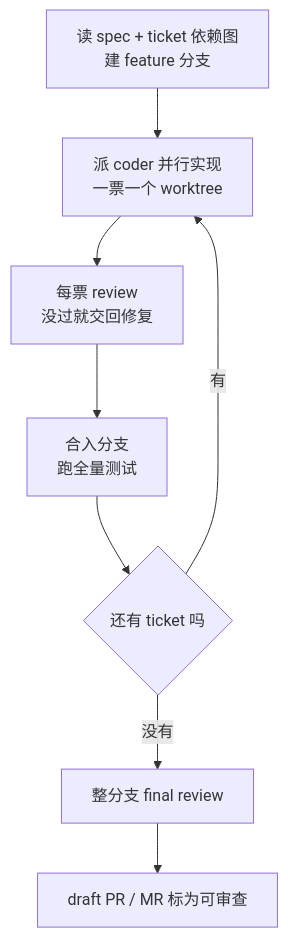
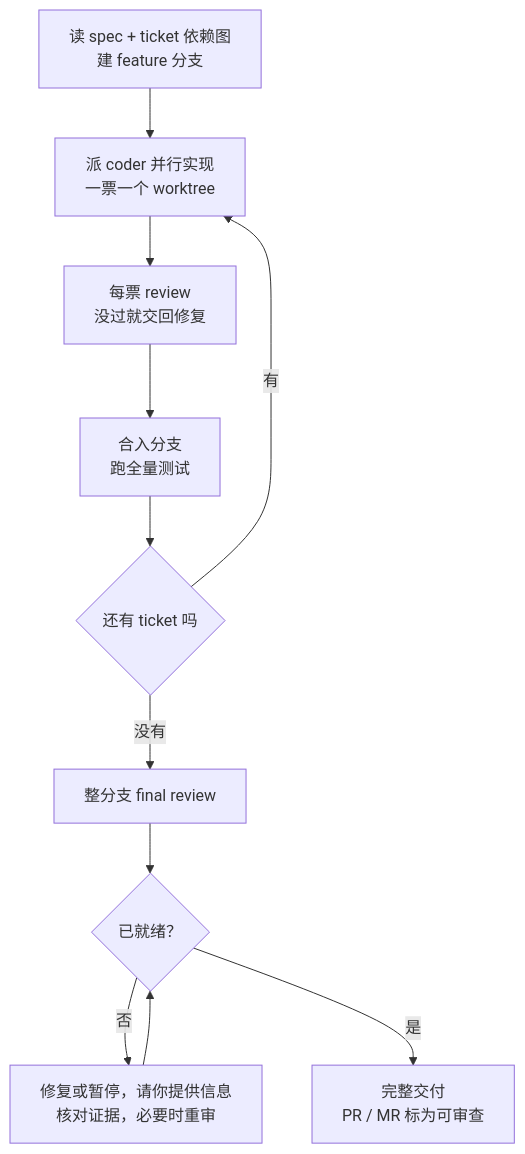
Before and after one commit to toomanyopenfiles/pi-matt-implement-flow: the diagram in README.zh-CN.md, drawn with Mermaid. The commit also changed other lines of this file and 4 other files, not shown here.

````diff
--- a/README.zh-CN.md
+++ b/README.zh-CN.md
@@ -111,10 +111,13 @@
 ```mermaid
 flowchart TD
     A["读 spec + ticket 依赖图<br>建 feature 分支"] --> B["派 coder 并行实现<br>一票一个 worktree"]
     B --> C["每票 review<br>没过就交回修复"]
     C --> D["合入分支<br>跑全量测试"]
     D --> E{"还有 ticket 吗"}
     E -- 有 --> B
     E -- 没有 --> F["整分支 final review"]
-    F --> G["draft PR / MR 标为可审查"]
+    F --> G{"已就绪？"}
+    G -- 否 --> H["修复或暂停，请你提供信息<br>核对证据，必要时重审"]
+    H --> G
+    G -- 是 --> I["完整交付<br>PR / MR 标为可审查"]
 ```
````
